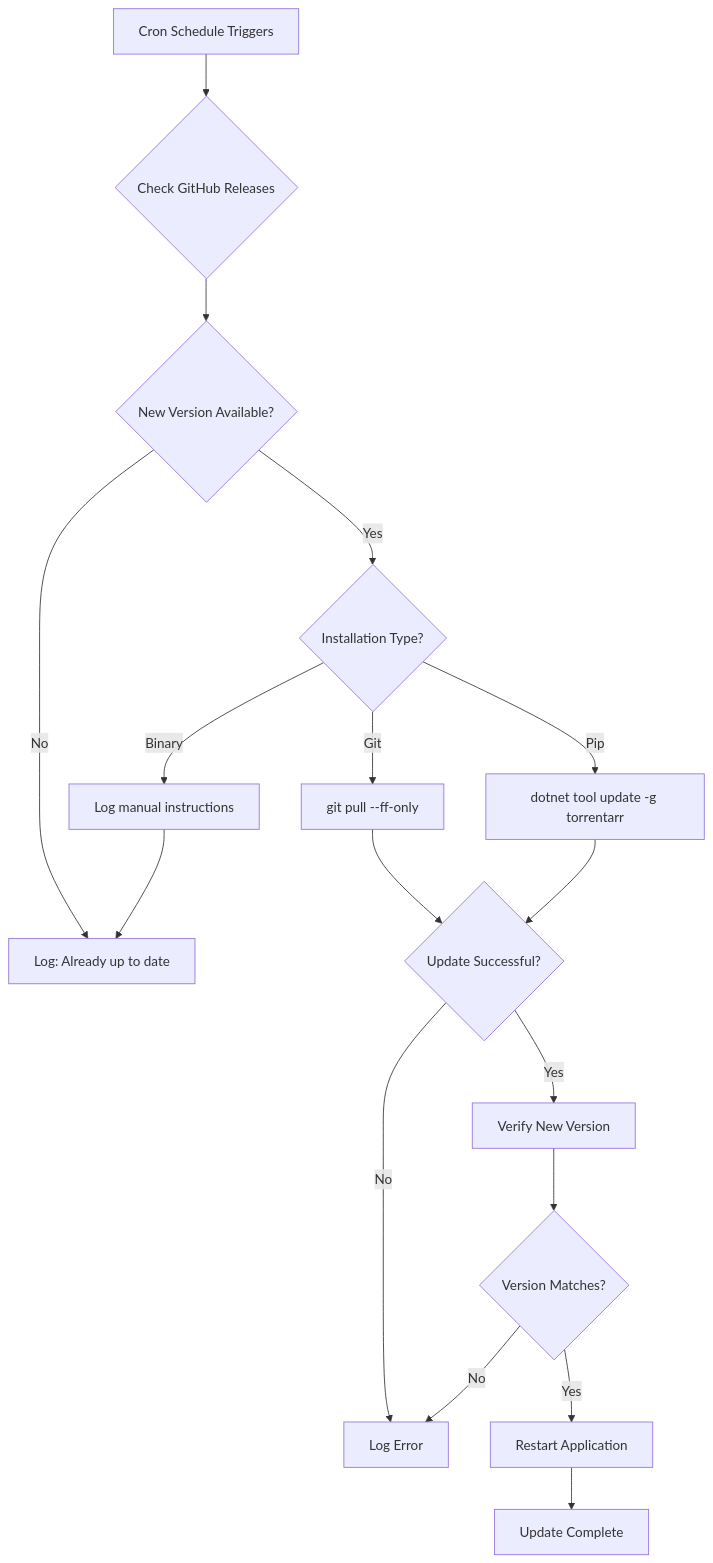
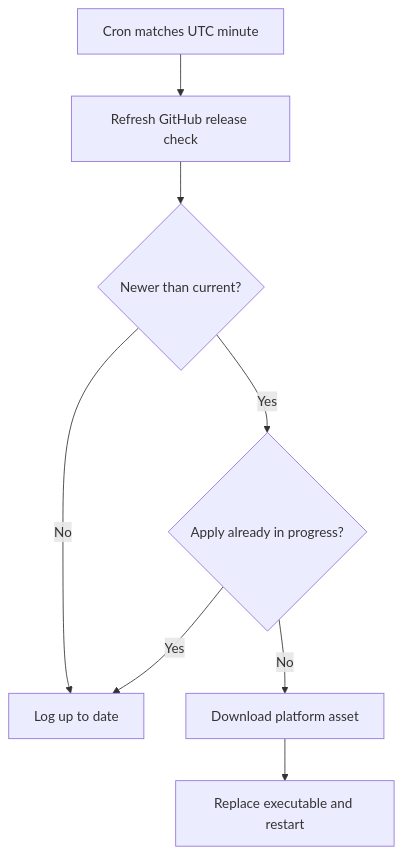
The diagram in docs/features/auto-updates.md (Feramance/Torrentarr), drawn with Mermaid before and after one commit. The commit also changed other lines of this file and 20 other files, not shown here.

````diff
--- a/docs/features/auto-updates.md
+++ b/docs/features/auto-updates.md
@@ -239,19 +93,10 @@
 ```mermaid
 graph TD
-    A[Cron Schedule Triggers] --> B{Check GitHub Releases}
-    B --> C{New Version Available?}
-    C -->|No| D[Log: Already up to date]
-    C -->|Yes| E{Installation Type?}
-    E -->|Git| F[git pull --ff-only]
-    E -->|Pip| G[dotnet tool update -g torrentarr]
-    E -->|Binary| H[Log manual instructions]
-    F --> I{Update Successful?}
-    G --> I
-    H --> D
-    I -->|Yes| J[Verify New Version]
-    I -->|No| K[Log Error]
-    J --> L{Version Matches?}
-    L -->|Yes| M[Restart Application]
-    L -->|No| K
-    M --> N[Update Complete]
+    A[Cron matches UTC minute] --> B[Refresh GitHub release check]
+    B --> C{Newer than current?}
+    C -->|No| D[Log up to date]
+    C -->|Yes| E{Apply already in progress?}
+    E -->|Yes| D
+    E -->|No| F[Download platform asset]
+    F --> G[Replace executable and restart]
 ```
````
